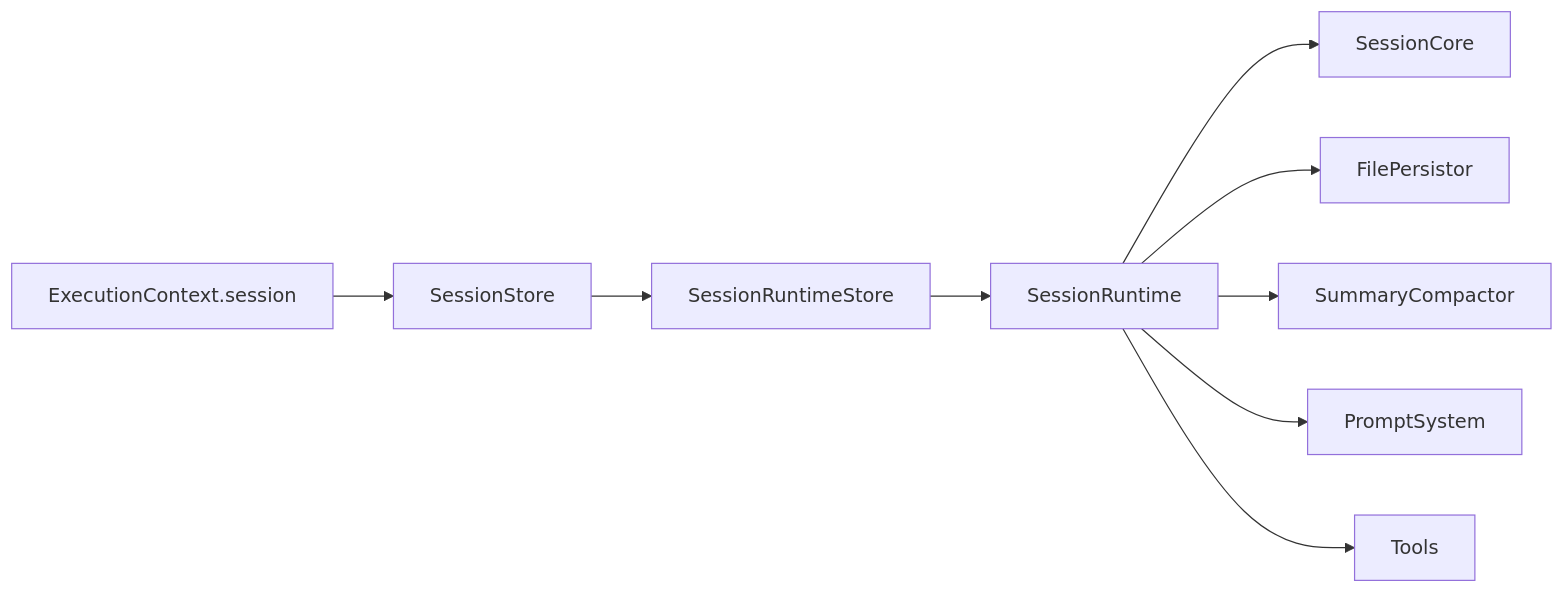
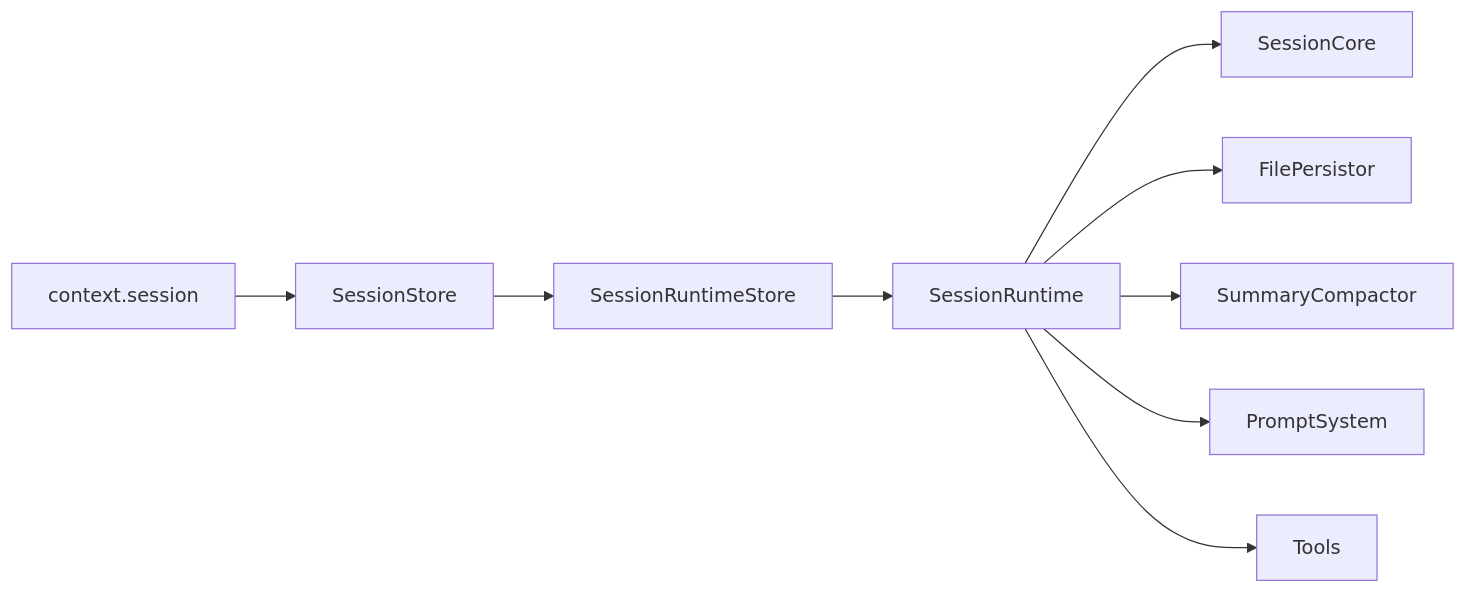
The third of 6 diagrams in devdocs/agent-and-session.md (wangenius/downcity), drawn with Mermaid before and after one commit. The commit also changed other lines of this file and 96 other files, not shown here.

````diff
--- a/devdocs/agent-and-session.md
+++ b/devdocs/agent-and-session.md
@@ -132,11 +147,11 @@
 ```mermaid
 flowchart LR
-  A["ExecutionContext.session"] --> B["SessionStore"]
+  A["context.session"] --> B["SessionStore"]
   B --> C["SessionRuntimeStore"]
   C --> D["SessionRuntime"]
   D --> E["SessionCore"]
   D --> F["FilePersistor"]
   D --> G["SummaryCompactor"]
   D --> H["PromptSystem"]
   D --> I["Tools"]
 ```
````
